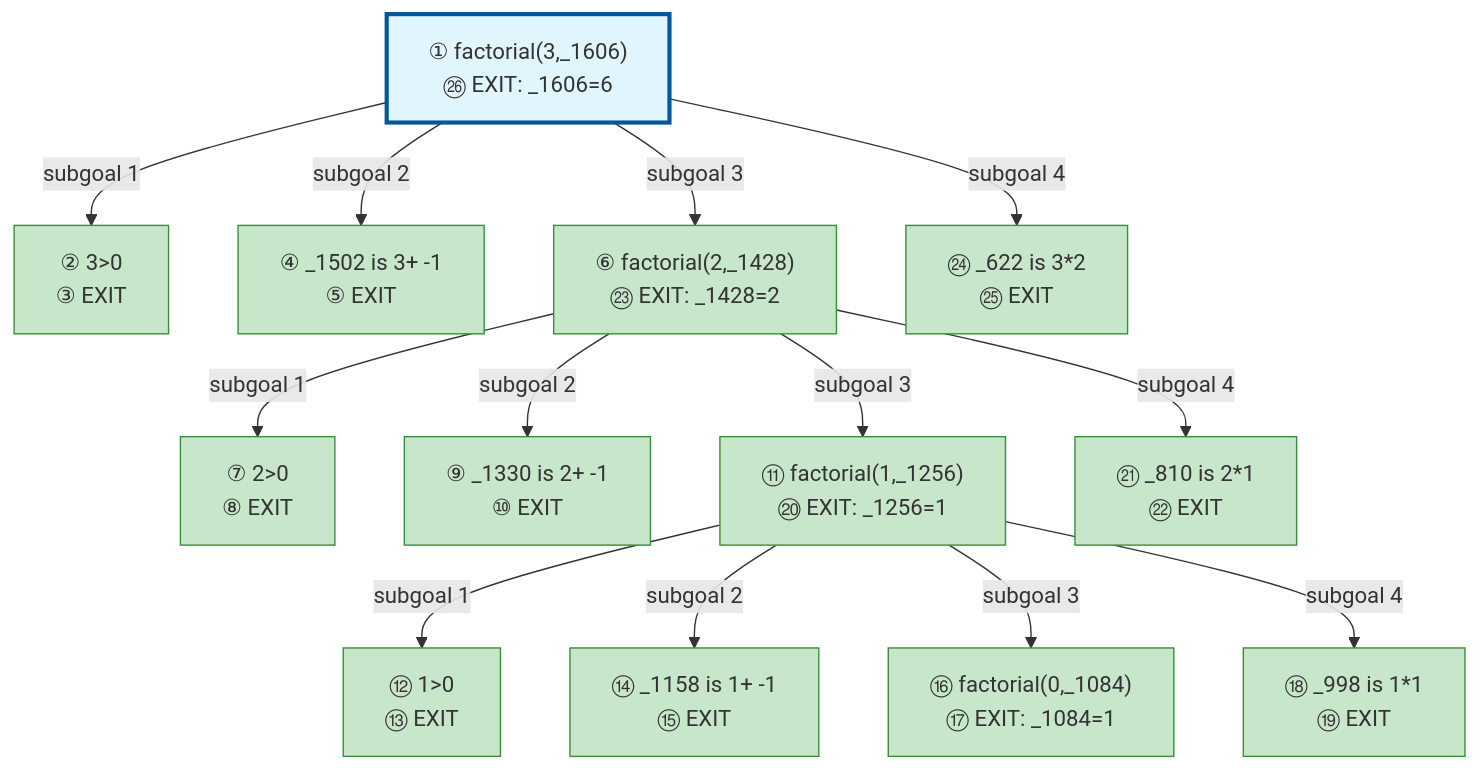
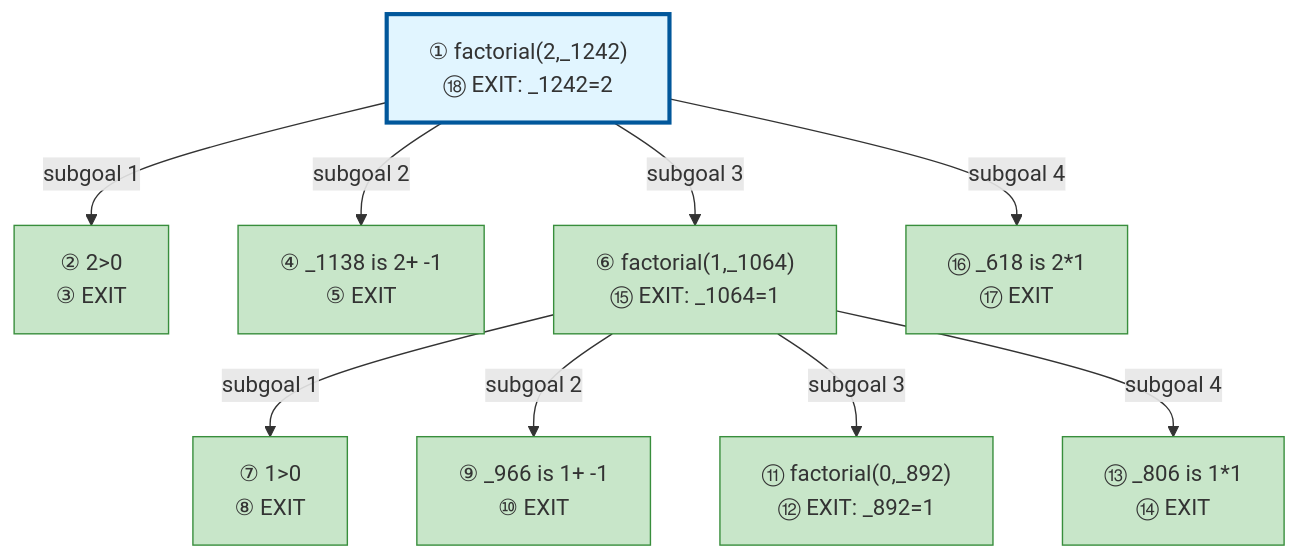
Before and after one commit to jarecsni/prolog-trace-viz: the diagram in examples/factorial-output.md, drawn with Mermaid. The commit also changed other lines of this file and 1 other file, not shown here.

First line of the commit message:
✨ backfill clause information from EXIT to CALL events

````diff
--- a/examples/factorial-output.md
+++ b/examples/factorial-output.md
@@ -120,47 +118,35 @@
 ```mermaid
 graph TD
 
 %% Nodes
-A["① factorial(3,_1606)<br/>㉖ EXIT: _1606=6"]
-B["② 3>0<br/>③ EXIT"]
-C["④ _1502 is 3+ -1<br/>⑤ EXIT"]
-D["⑥ factorial(2,_1428)<br/>㉓ EXIT: _1428=2"]
-E["⑦ 2>0<br/>⑧ EXIT"]
-F["⑨ _1330 is 2+ -1<br/>⑩ EXIT"]
-G["⑪ factorial(1,_1256)<br/>⑳ EXIT: _1256=1"]
-H["⑫ 1>0<br/>⑬ EXIT"]
-I["⑭ _1158 is 1+ -1<br/>⑮ EXIT"]
-J["⑯ factorial(0,_1084)<br/>⑰ EXIT: _1084=1"]
-K["⑱ _998 is 1*1<br/>⑲ EXIT"]
-L["㉑ _810 is 2*1<br/>㉒ EXIT"]
-M["㉔ _622 is 3*2<br/>㉕ EXIT"]
+A["① factorial(2,_1242)<br/>⑱ EXIT: _1242=2"]
+B["② 2>0<br/>③ EXIT"]
+C["④ _1138 is 2+ -1<br/>⑤ EXIT"]
+D["⑥ factorial(1,_1064)<br/>⑮ EXIT: _1064=1"]
+E["⑦ 1>0<br/>⑧ EXIT"]
+F["⑨ _966 is 1+ -1<br/>⑩ EXIT"]
+G["⑪ factorial(0,_892)<br/>⑫ EXIT: _892=1"]
+H["⑬ _806 is 1*1<br/>⑭ EXIT"]
+I["⑯ _618 is 2*1<br/>⑰ EXIT"]
 
 %% Edges
 A -->|"subgoal 1"| B
 A -->|"subgoal 2"| C
 A -->|"subgoal 3"| D
 D -->|"subgoal 1"| E
 D -->|"subgoal 2"| F
 D -->|"subgoal 3"| G
-G -->|"subgoal 1"| H
-G -->|"subgoal 2"| I
-G -->|"subgoal 3"| J
-G -->|"subgoal 4"| K
-D -->|"subgoal 4"| L
-A -->|"subgoal 4"| M
+D -->|"subgoal 4"| H
+A -->|"subgoal 4"| I
 
 %% Styles
 style A fill:#e1f5ff,stroke:#01579b,stroke-width:3px
 style B fill:#c8e6c9,stroke:#388e3c
 style C fill:#c8e6c9,stroke:#388e3c
 style D fill:#c8e6c9,stroke:#388e3c
 style E fill:#c8e6c9,stroke:#388e3c
 style F fill:#c8e6c9,stroke:#388e3c
 style G fill:#c8e6c9,stroke:#388e3c
 style H fill:#c8e6c9,stroke:#388e3c
 style I fill:#c8e6c9,stroke:#388e3c
-style J fill:#c8e6c9,stroke:#388e3c
-style K fill:#c8e6c9,stroke:#388e3c
-style L fill:#c8e6c9,stroke:#388e3c
-style M fill:#c8e6c9,stroke:#388e3c
 ```
````
